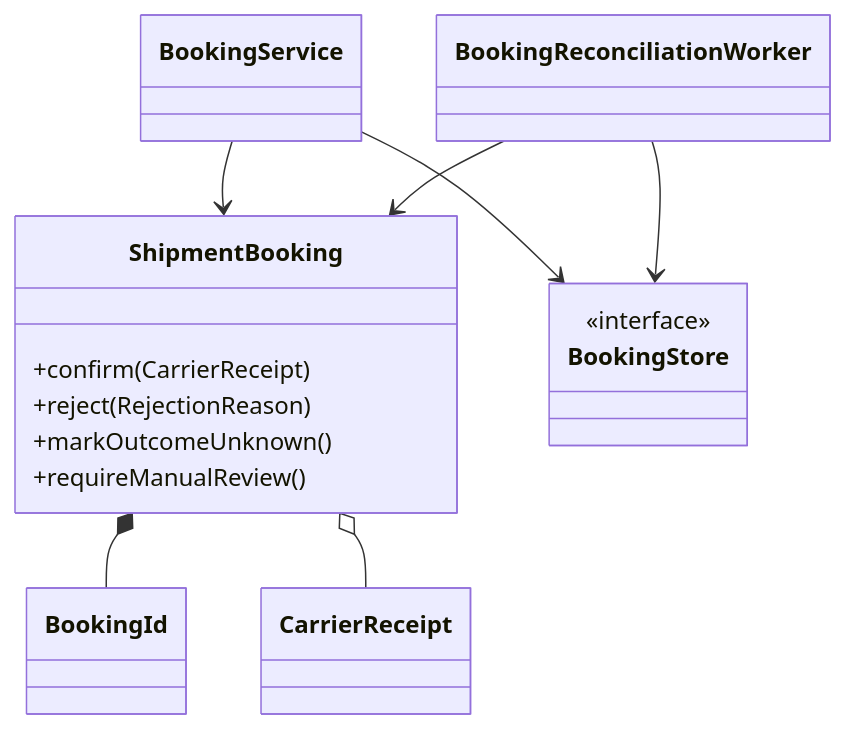
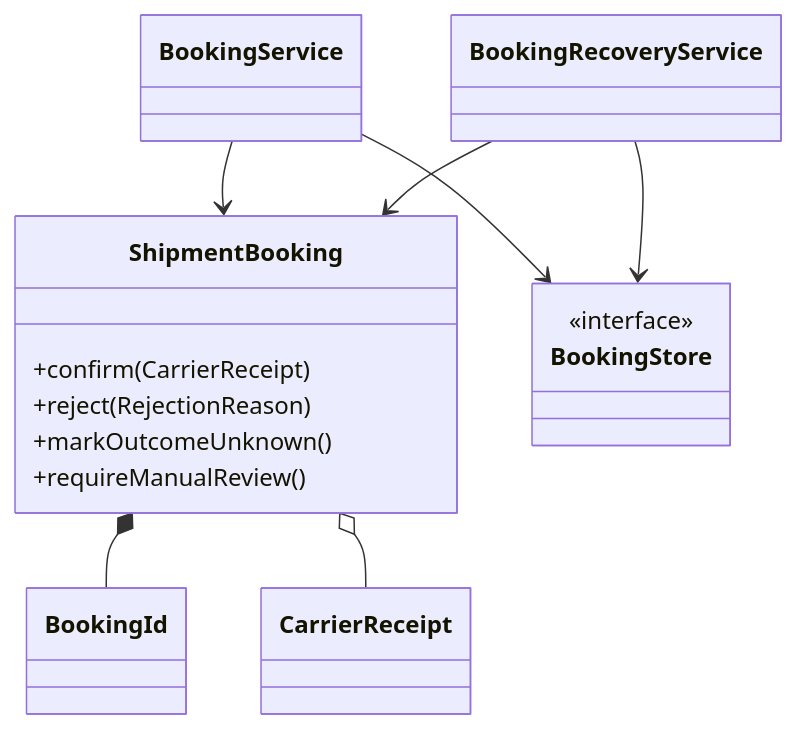
One commit to white-hf/multi-carrier-shipping changed the first of 2 diagrams in docs/design/booking-sqlite.md. Above: the diagram before and after it, drawn with Mermaid. The commit also changed other lines of this file and 49 other files, not shown here.

First line of the commit message:
refactor(booking)!: isolate reconciliation tasks from business state

````diff
--- a/docs/design/booking-sqlite.md
+++ b/docs/design/booking-sqlite.md
@@ -29,22 +32,22 @@
 ```mermaid
 classDiagram
     class ShipmentBooking {
         +confirm(CarrierReceipt)
         +reject(RejectionReason)
         +markOutcomeUnknown()
         +requireManualReview()
     }
     class BookingId
     class CarrierReceipt
     class BookingService
-    class BookingReconciliationWorker
+    class BookingRecoveryService
     class BookingStore {
         <<interface>>
     }
     ShipmentBooking *-- BookingId
     ShipmentBooking o-- CarrierReceipt
     BookingService --> ShipmentBooking
-    BookingReconciliationWorker --> ShipmentBooking
+    BookingRecoveryService --> ShipmentBooking
     BookingService --> BookingStore
-    BookingReconciliationWorker --> BookingStore
+    BookingRecoveryService --> BookingStore
 ```
````
